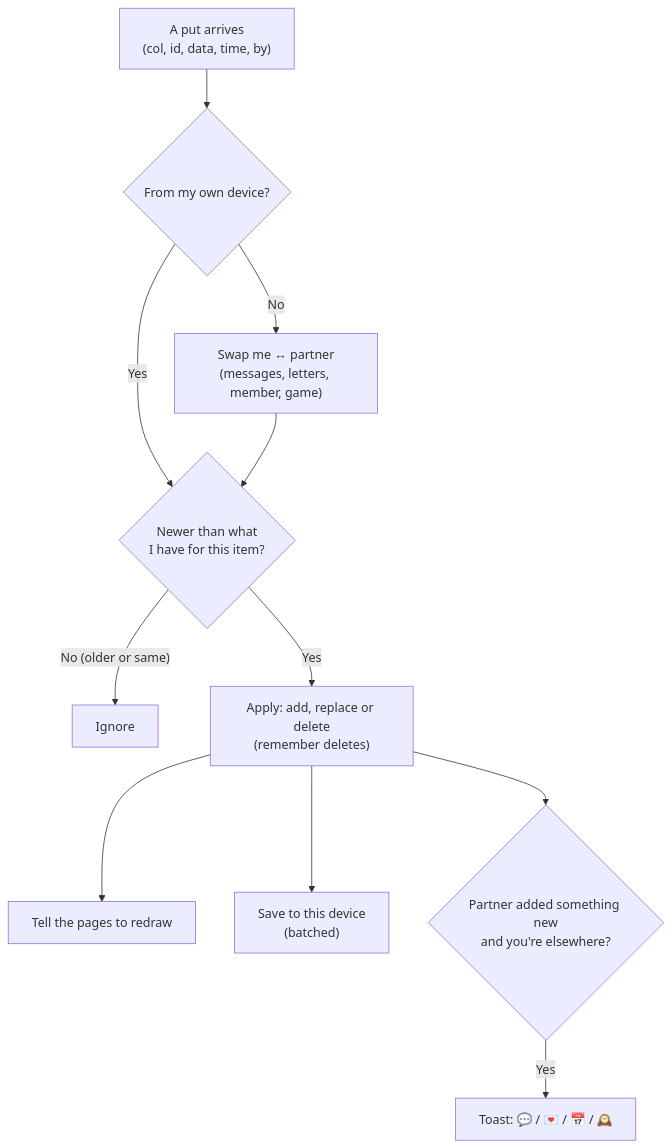
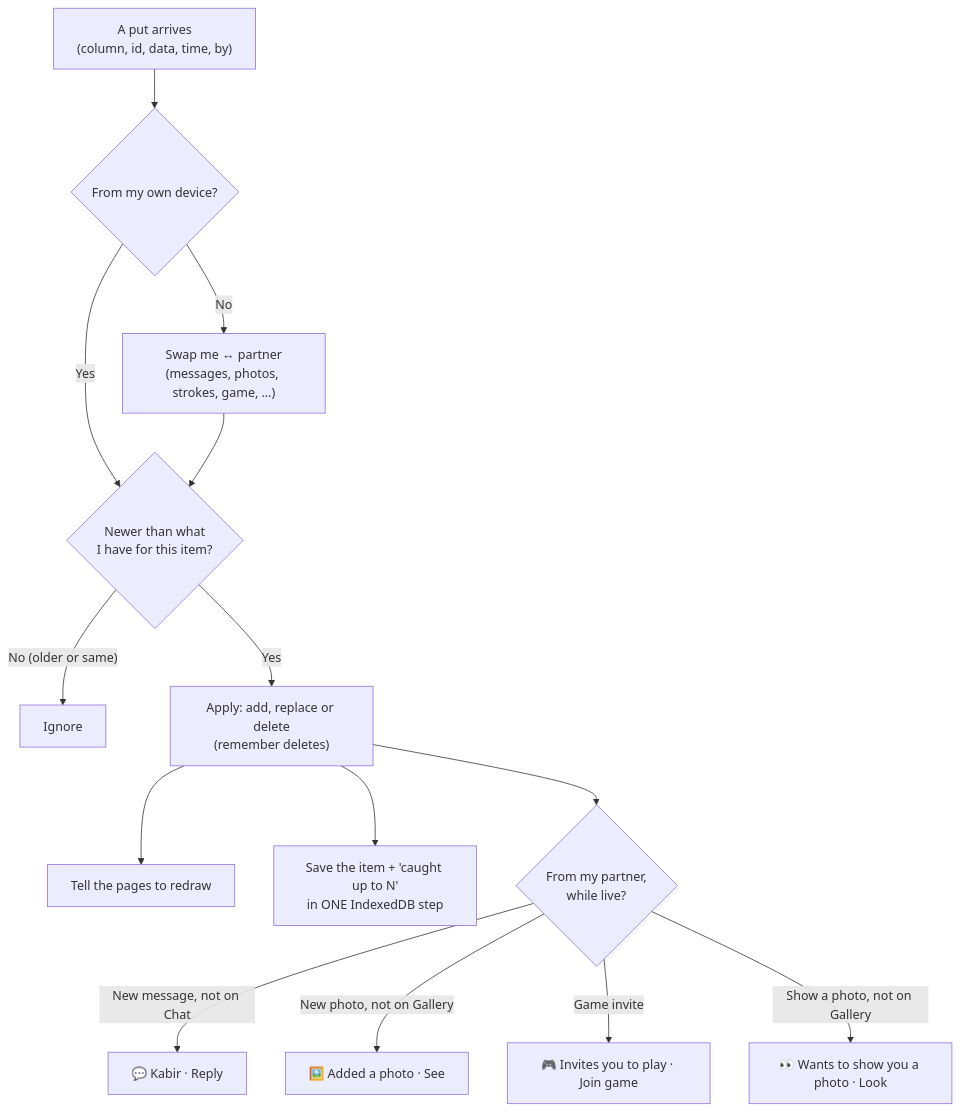
Diagram 11 of 27 in front-end/doc/04-flowcharts.md (silent-coder-dev/private-space), drawn with Mermaid before and after one commit. The commit also changed other lines of this file and 144 other files, not shown here.

````diff
--- a/front-end/doc/04-flowcharts.md
+++ b/front-end/doc/04-flowcharts.md
@@ -238,13 +238,16 @@
 ```mermaid
 flowchart TD
-    P["A put arrives<br/>(col, id, data, time, by)"] --> W{"From my own device?"}
-    W -->|"No"| F["Swap me ↔ partner<br/>(messages, letters, member, game)"]
+    P["A put arrives<br/>(column, id, data, time, by)"] --> W{"From my own device?"}
+    W -->|"No"| F["Swap me ↔ partner<br/>(messages, photos, strokes, game, …)"]
     W -->|"Yes"| N
     F --> N{"Newer than what<br/>I have for this item?"}
     N -->|"No (older or same)"| I["Ignore"]
     N -->|"Yes"| A["Apply: add, replace or delete<br/>(remember deletes)"]
     A --> U["Tell the pages to redraw"]
-    A --> S["Save to this device<br/>(batched)"]
-    A --> T{"Partner added something new<br/>and you're elsewhere?"}
-    T -->|"Yes"| Toast["Toast: 💬 / 💌 / 📅 / 🕰️"]
+    A --> S["Save the item + 'caught up to N'<br/>in ONE IndexedDB step"]
+    A --> T{"From my partner,<br/>while live?"}
+    T -->|"New message, not on Chat"| T1["💬 Kabir · Reply"]
+    T -->|"New photo, not on Gallery"| T2["🖼️ Added a photo · See"]
+    T -->|"Game invite"| T3["🎮 Invites you to play · Join game"]
+    T -->|"Show a photo, not on Gallery"| T4["👀 Wants to show you a photo · Look"]
 ```
````
